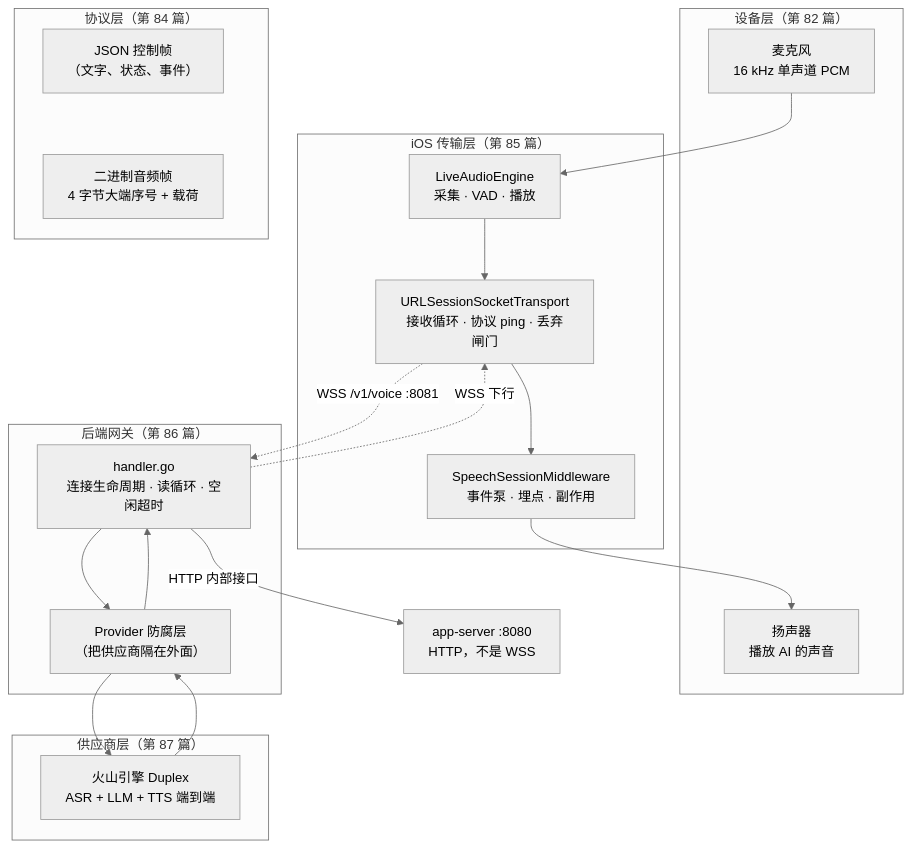
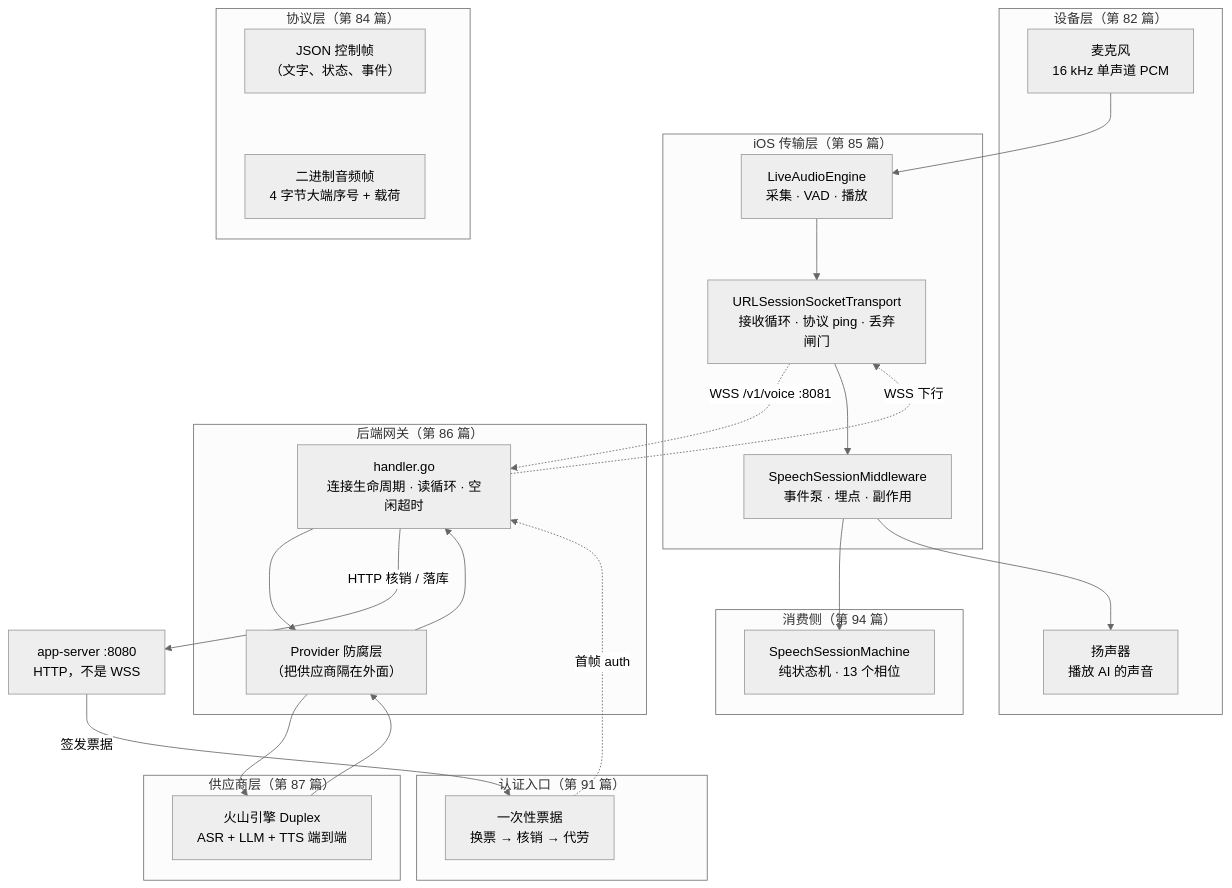
One commit to FluentWork/fluentwork-meta changed the first of 2 diagrams in docs/30_技术方案/81_WSS系列_00_导读_全景图与术语表.md. Above: the diagram before and after it, drawn with Mermaid (neutral theme). The commit also changed other lines of this file and 11 other files, not shown here.

````diff
--- a/docs/30_技术方案/81_WSS系列_00_导读_全景图与术语表.md
+++ b/docs/30_技术方案/81_WSS系列_00_导读_全景图与术语表.md
@@ -58,40 +58,52 @@
 ```mermaid
 flowchart TB
     subgraph device["设备层（第 82 篇）"]
         MIC["麦克风<br/>16 kHz 单声道 PCM"]
         SPK["扬声器<br/>播放 AI 的声音"]
     end
 
     subgraph ios["iOS 传输层（第 85 篇）"]
         ENGINE["LiveAudioEngine<br/>采集 · VAD · 播放"]
         TRANSPORT["URLSessionSocketTransport<br/>接收循环 · 协议 ping · 丢弃闸门"]
         MIDDLE["SpeechSessionMiddleware<br/>事件泵 · 埋点 · 副作用"]
     end
 
+    subgraph consumer["消费侧（第 94 篇）"]
+        SM["SpeechSessionMachine<br/>纯状态机 · 13 个相位"]
+    end
+
     subgraph proto["协议层（第 84 篇）"]
         CTRL["JSON 控制帧<br/>（文字、状态、事件）"]
         BIN["二进制音频帧<br/>4 字节大端序号 + 载荷"]
     end
 
     subgraph gw["后端网关（第 86 篇）"]
         HANDLER["handler.go<br/>连接生命周期 · 读循环 · 空闲超时"]
         SEAM["Provider 防腐层<br/>（把供应商隔在外面）"]
+    end
+
+    subgraph auth["认证入口（第 91 篇）"]
+        TICKET["一次性票据<br/>换票 → 核销 → 代劳"]
     end
 
     subgraph vendor["供应商层（第 87 篇）"]
         VOLC["火山引擎 Duplex<br/>ASR + LLM + TTS 端到端"]
     end
 
     APP["app-server :8080<br/>HTTP，不是 WSS"]
 
     MIC --> ENGINE --> TRANSPORT
     TRANSPORT -.->|"WSS /v1/voice :8081"| HANDLER
     HANDLER --> SEAM --> VOLC
     VOLC --> SEAM --> HANDLER
     HANDLER -.->|"WSS 下行"| TRANSPORT
-    TRANSPORT --> MIDDLE --> SPK
-    HANDLER -->|"HTTP 内部接口"| APP
+    TRANSPORT --> MIDDLE
+    MIDDLE --> SM
+    MIDDLE --> SPK
+    APP -->|"签发票据"| TICKET
+    TICKET -.->|"首帧 auth"| HANDLER
+    HANDLER -->|"HTTP 核销 / 落库"| APP
 
     CTRL -.- proto
     BIN -.- proto
 ```
````
